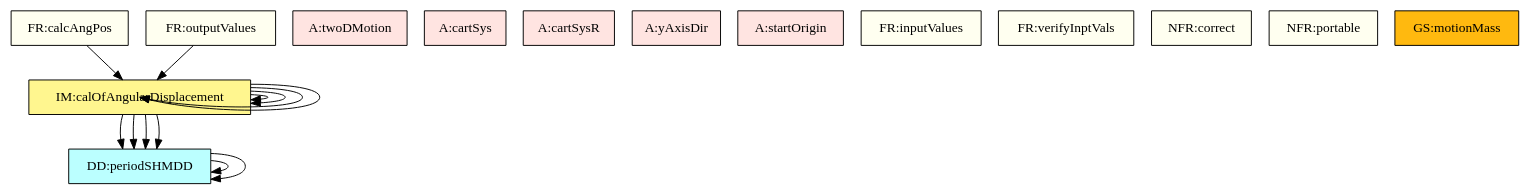
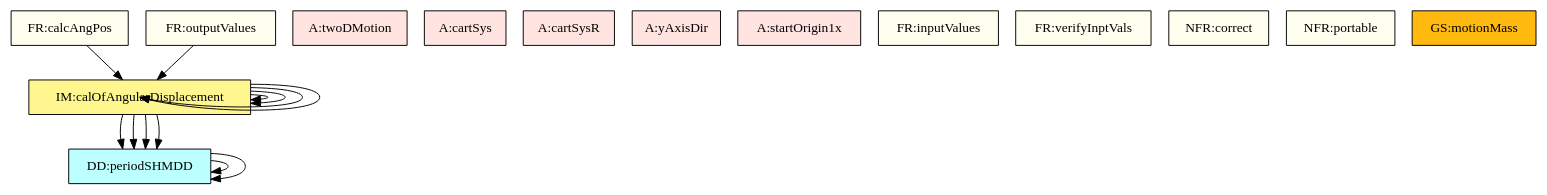
Before and after one commit to JacquesCarette/Drasil: the diagram in code/stable/sglpend/TraceyGraph/allvsall.dot, drawn with Graphviz. The commit also changed 18 other files, not shown here.

```diff
--- a/code/stable/sglpend/TraceyGraph/allvsall.dot
+++ b/code/stable/sglpend/TraceyGraph/allvsall.dot
@@ -1,88 +1,88 @@
 digraph allvsall {
 	dataDefn:angularFrequency -> dataDefn:period;
 	dataDefn:period -> dataDefn:frequency;
 	theory:angFrequencyGD -> dataDefn:frequency;
 	theory:angFrequencyGD -> theory:newtonSLR;
 	theory:periodPendGD -> dataDefn:frequency;
 	theory:periodPendGD -> dataDefn:angularFrequency;
 	theory:periodPendGD -> dataDefn:period;
 	theory:periodPendGD -> theory:angFrequencyGD;
 	theory:angularDisplacementIM -> theory:newtonSLR;
 	theory:angularDisplacementIM -> theory:angFrequencyGD;
 	calcAngPos -> theory:angularDisplacementIM;
 	outputValues -> theory:angularDisplacementIM;
 
 
 	twoDMotion	[shape=box, color=black, style=filled, fillcolor=mistyrose, label="A:twoDMotion"];
 	cartSys	[shape=box, color=black, style=filled, fillcolor=mistyrose, label="A:cartSys"];
 	cartSysR	[shape=box, color=black, style=filled, fillcolor=mistyrose, label="A:cartSysR"];
 	yAxisDir	[shape=box, color=black, style=filled, fillcolor=mistyrose, label="A:yAxisDir"];
-	startOrigin	[shape=box, color=black, style=filled, fillcolor=mistyrose, label="A:startOrigin"];
+	startOrigin1x	[shape=box, color=black, style=filled, fillcolor=mistyrose, label="A:startOrigin1x"];
 
 	subgraph A {
 	rank="same"
-	{twoDMotion, cartSys, cartSysR, yAxisDir, startOrigin}
+	{twoDMotion, cartSys, cartSysR, yAxisDir, startOrigin1x}
 	}
 
 	dataDefn:ixPos	[shape=box, color=black, style=filled, fillcolor=paleturquoise1, label="DD:positionIX"];
 	dataDefn:iyPos	[shape=box, color=black, style=filled, fillcolor=paleturquoise1, label="DD:positionIY"];
 	dataDefn:frequency	[shape=box, color=black, style=filled, fillcolor=paleturquoise1, label="DD:frequencyDD"];
 	dataDefn:angularFrequency	[shape=box, color=black, style=filled, fillcolor=paleturquoise1, label="DD:angFrequencyDD"];
 	dataDefn:period	[shape=box, color=black, style=filled, fillcolor=paleturquoise1, label="DD:periodSHMDD"];
 
 	subgraph DD {
 	rank="same"
 	{dataDefn:ixPos, dataDefn:iyPos, dataDefn:frequency, dataDefn:angularFrequency, dataDefn:period}
 	}
 
 	theory:accelerationTM	[shape=box, color=black, style=filled, fillcolor=pink, label="TM:acceleration"];
 	theory:velocityTM	[shape=box, color=black, style=filled, fillcolor=pink, label="TM:velocity"];
 	theory:newtonSL	[shape=box, color=black, style=filled, fillcolor=pink, label="TM:NewtonSecLawMot"];
 	theory:newtonSLR	[shape=box, color=black, style=filled, fillcolor=pink, label="TM:NewtonSecLawRotMot"];
 
 	subgraph TM {
 	rank="same"
 	{theory:accelerationTM, theory:velocityTM, theory:newtonSL, theory:newtonSLR}
 	}
 
 	theory:xVel	[shape=box, color=black, style=filled, fillcolor=palegreen, label="GD:velocityIX"];
 	theory:yVel	[shape=box, color=black, style=filled, fillcolor=palegreen, label="GD:velocityIY"];
 	theory:xScalAcc	[shape=box, color=black, style=filled, fillcolor=palegreen, label="GD:accelerationIX"];
 	theory:yScalAcc	[shape=box, color=black, style=filled, fillcolor=palegreen, label="GD:accelerationIY"];
 	theory:hForceOnPendulum	[shape=box, color=black, style=filled, fillcolor=palegreen, label="GD:hForceOnPendulum"];
 	theory:vForceOnPendulum	[shape=box, color=black, style=filled, fillcolor=palegreen, label="GD:vForceOnPendulum"];
 	theory:angFrequencyGD	[shape=box, color=black, style=filled, fillcolor=palegreen, label="GD:angFrequencyGD"];
 	theory:periodPendGD	[shape=box, color=black, style=filled, fillcolor=palegreen, label="GD:periodPend"];
 
 	subgraph GD {
 	rank="same"
 	{theory:xVel, theory:yVel, theory:xScalAcc, theory:yScalAcc, theory:hForceOnPendulum, theory:vForceOnPendulum, theory:angFrequencyGD, theory:periodPendGD}
 	}
 
 	theory:angularDisplacementIM	[shape=box, color=black, style=filled, fillcolor=khaki1, label="IM:calOfAngularDisplacement"];
 
 	subgraph IM {
 	rank="same"
 	{theory:angularDisplacementIM}
 	}
 
 	inputValues	[shape=box, color=black, style=filled, fillcolor=ivory, label="FR:inputValues"];
 	verifyInptVals	[shape=box, color=black, style=filled, fillcolor=ivory, label="FR:verifyInptVals"];
 	calcAngPos	[shape=box, color=black, style=filled, fillcolor=ivory, label="FR:calcAngPos"];
 	outputValues	[shape=box, color=black, style=filled, fillcolor=ivory, label="FR:outputValues"];
 	correct	[shape=box, color=black, style=filled, fillcolor=ivory, label="NFR:correct"];
 	portable	[shape=box, color=black, style=filled, fillcolor=ivory, label="NFR:portable"];
 
 	subgraph FR {
 	rank="same"
 	{inputValues, verifyInptVals, calcAngPos, outputValues, correct, portable}
 	}
 
 	motionMass	[shape=box, color=black, style=filled, fillcolor=darkgoldenrod1, label="GS:motionMass"];
 
 	subgraph GS {
 	rank="same"
 	{motionMass}
 	}
 
 }
```
